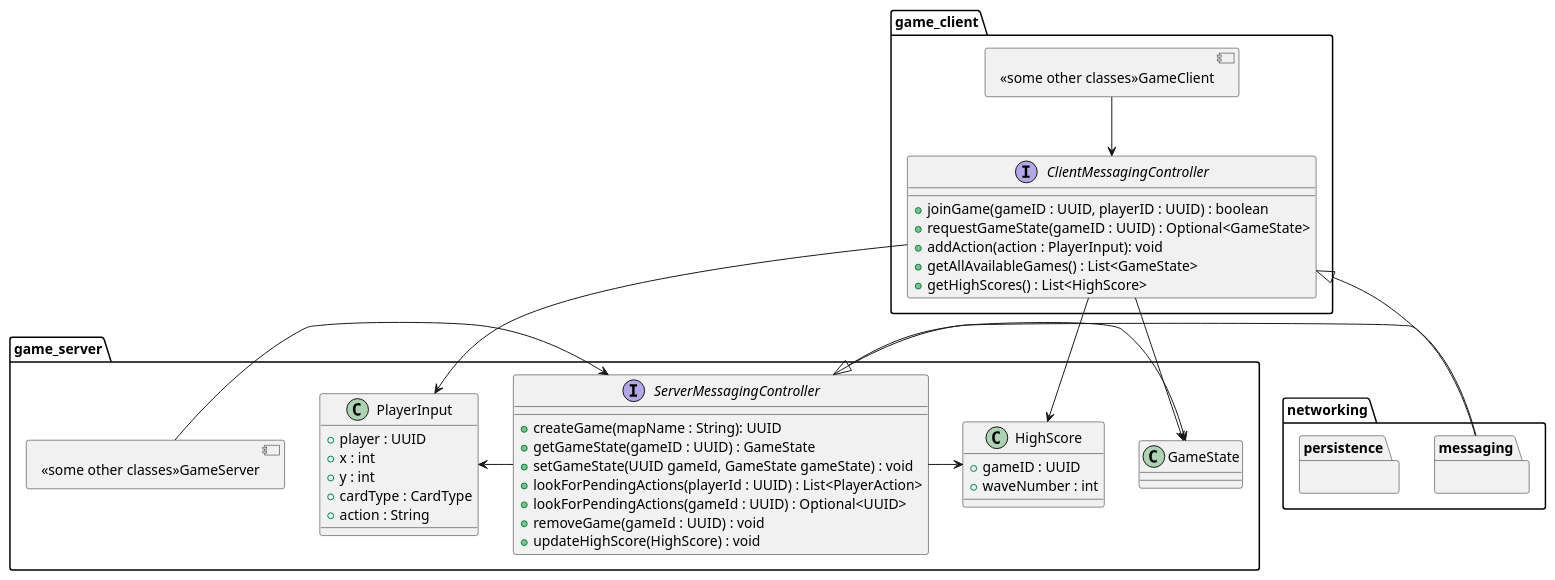
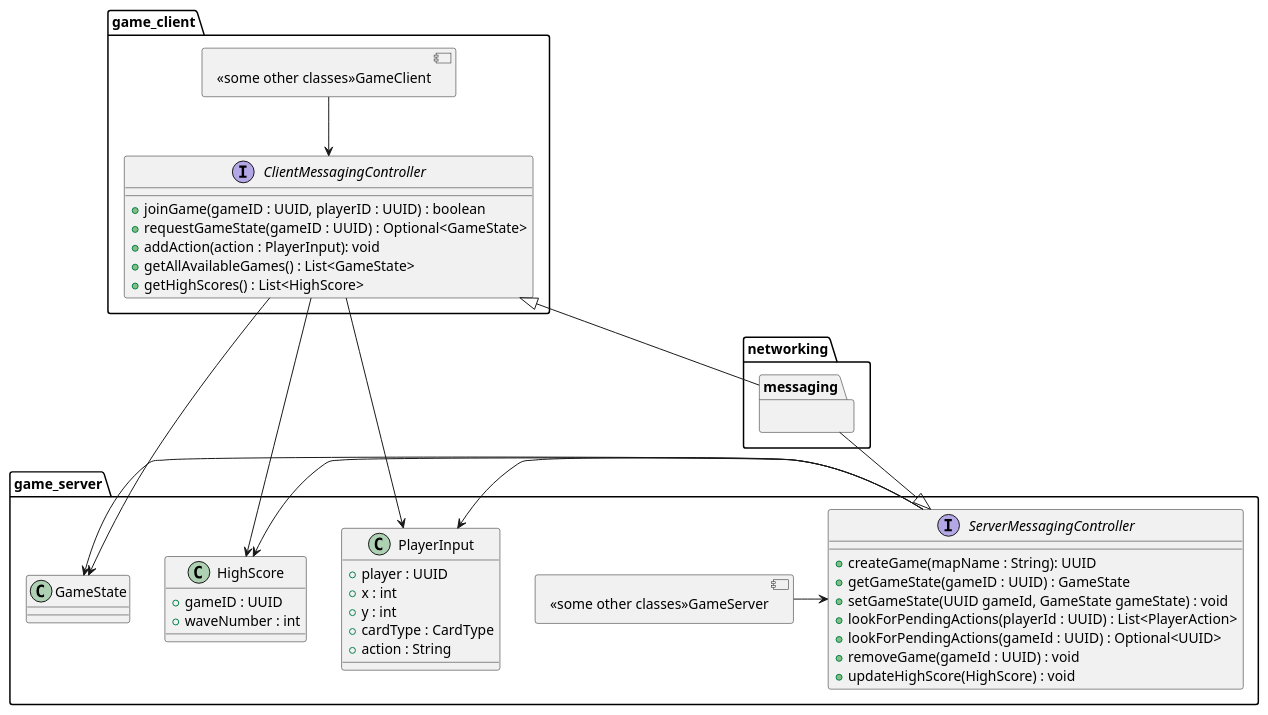
Before and after one commit to SverreNystad/besieged: the diagram in docs/diagrams/networking/networking.puml, drawn with PlantUML. The commit also changed 1 other file, not shown here.

Commit message:
update: networking and class diagram

```diff
--- a/docs/diagrams/networking/networking.puml
+++ b/docs/diagrams/networking/networking.puml
@@ -1,79 +1,77 @@
 @startuml
 allow_mixing
 
 package "networking" {
     ' interface DAO<K, T> {
     '     +get(id : Key) : Type
     '     +update(id : Key, object : Type) : boolean
     '     +delete(id : Key) : boolean
     '     +add(object : Type) : boolean
     ' }
     ' note left of DAO : follows DataBase Access\n Object pattern
-    package persistence {
-
-    }
     
     package messaging {
 
     }
 }
 
 package "game_client" {
     interface ClientMessagingController {
         +joinGame(gameID : UUID, playerID : UUID) : boolean
         +requestGameState(gameID : UUID) : Optional<GameState>
         +addAction(action : PlayerInput): void
         +getAllAvailableGames() : List<GameState>
         +getHighScores() : List<HighScore>
     }
 
     component "<<some other classes>>GameClient" as GameClient
 
     GameClient --> ClientMessagingController
 }
 
 package "game_server"{
     interface ServerMessagingController {
         +createGame(mapName : String): UUID
         +getGameState(gameID : UUID) : GameState
         +setGameState(UUID gameId, GameState gameState) : void
         +lookForPendingActions(playerId : UUID) : List<PlayerAction>
         +lookForPendingActions(gameId : UUID) : Optional<UUID>
         +removeGame(gameId : UUID) : void
         +updateHighScore(HighScore) : void
     }
     
     class GameState {
 
     }
 
     class HighScore {
         +gameID : UUID
         +waveNumber : int
     }
 
     class PlayerInput {
         +player : UUID
         +x : int
         +y : int
         +cardType : CardType
         +action : String
     }
 
     component "<<some other classes>>GameServer" as GameServer
 
     ServerMessagingController -left-> PlayerInput
     GameServer -> ServerMessagingController
     ServerMessagingController -> GameState
     ServerMessagingController -> HighScore
 }
 
 messaging -up-|> ClientMessagingController
-messaging -left-|> ServerMessagingController 
+messaging -down-|> ServerMessagingController 
+
 
 ClientMessagingController -down-> PlayerInput
 ClientMessagingController -down-> GameState
 ClientMessagingController -down-> HighScore
 'serverMessagingController -[hidden]right-> clientMessagingController
 
 @enduml
```
